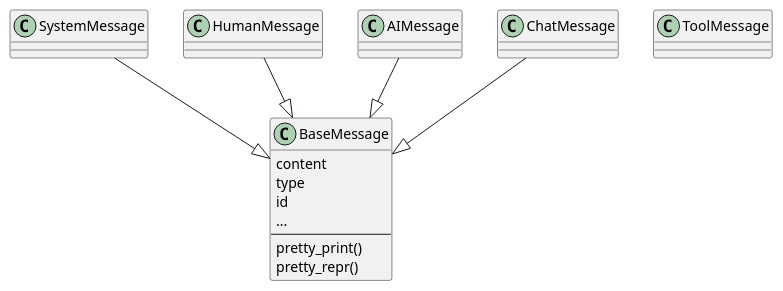
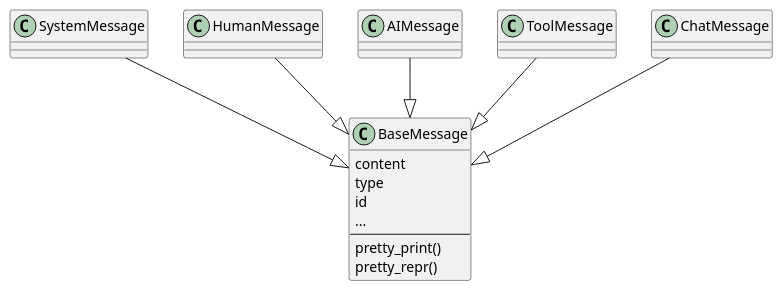
The diagram in LangChain/puml/chat-message-classes.puml (acloudfan/gen-ai-app-dev), drawn with PlantUML before and after one commit. The commit also changed 20 other files, not shown here.

```diff
--- a/LangChain/puml/chat-message-classes.puml
+++ b/LangChain/puml/chat-message-classes.puml
@@ -4,34 +4,37 @@
 @startuml
 
 ' https://api.python.langchain.com/en/latest/messages/langchain_core.messages.base.BaseMessage.html#langchain_core.messages.base.BaseMessage
 class BaseMessage {
     content
     type
     id
     ...
     ---
     pretty_print()
     ' Get a pretty representation of the message.
     pretty_repr()
 }
 
 '  a message setting the objectives the AI should follow
 class SystemMessage {}
 SystemMessage --|> BaseMessage
 
 ' a message sent from the perspective of the human
 class HumanMessage {}
 HumanMessage --|> BaseMessage
 
 ' a message sent from the perspective of the AI the human is interacting with
 class AIMessage {}
 AIMessage --|> BaseMessage
 
+' https://api.python.langchain.com/en/latest/messages/langchain_core.messages.tool.ToolMessage.html#langchain_core.messages.tool.ToolMessage
+class ToolMessage{}
+ToolMessage --|> BaseMessage
+
 ' a message allowing for arbitrary setting of role
 class ChatMessage {}
 ChatMessage --|> BaseMessage
 
-' https://api.python.langchain.com/en/latest/messages/langchain_core.messages.tool.ToolMessage.html#langchain_core.messages.tool.ToolMessage
-class ToolMessage{}
+
 
 @enduml
```
